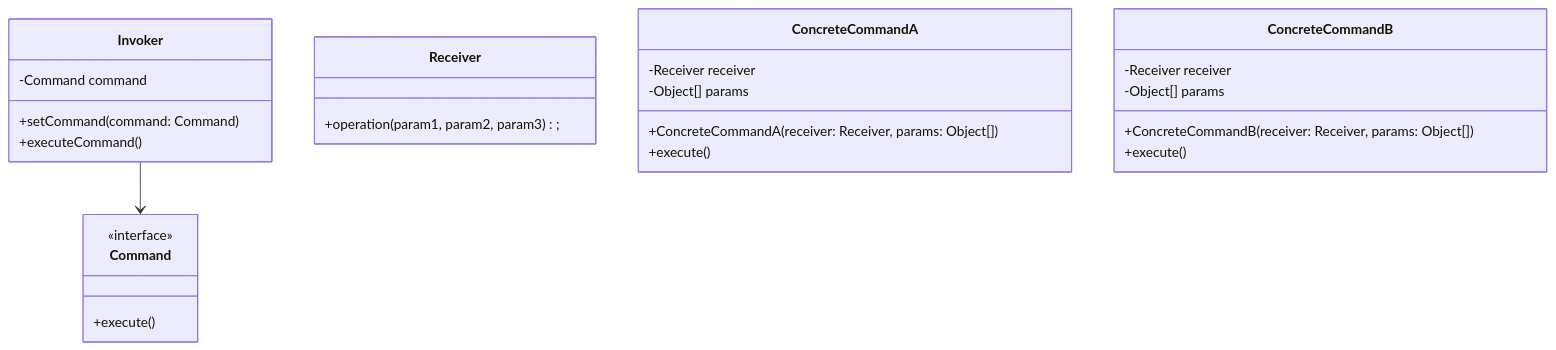
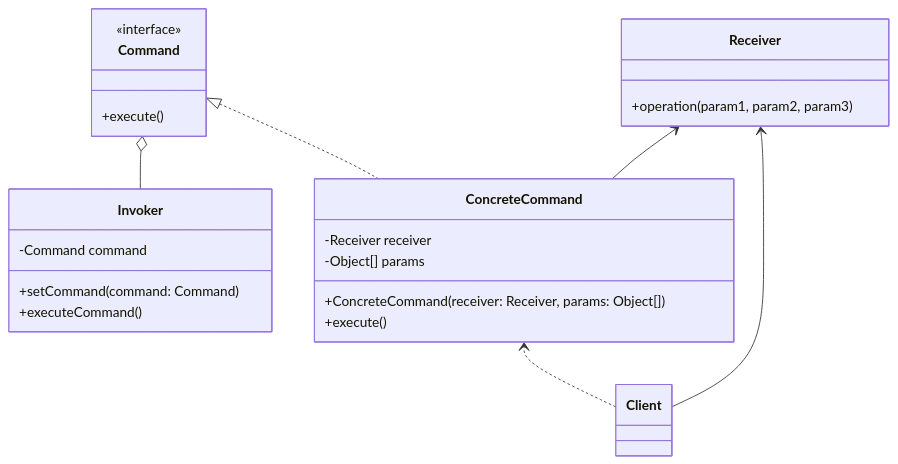
Before and after one commit to zhonghongfly/CodeGuide: the diagram in content/posts/design-pattern/behavioral/design-pattern-behavioral-command/index.zh-cn.md, drawn with Mermaid. The commit also changed other lines of this file and 3 other files, not shown here.

```diff
--- a/content/posts/design-pattern/behavioral/design-pattern-behavioral-command/index.zh-cn.md
+++ b/content/posts/design-pattern/behavioral/design-pattern-behavioral-command/index.zh-cn.md
@@ -24,35 +24,32 @@
 {{< mermaid >}}
 classDiagram
+  direction BT
   class Command {
     <<interface>>
     +execute()
   }
 
   class Invoker {
     -Command command
     +setCommand(command: Command)
     +executeCommand()
   }
-  Invoker --> Command
+  Invoker --o Command
 
   class Receiver {
-    +operation(param1, param2, param3);
+    +operation(param1, param2, param3)
   }
 
-  class ConcreteCommandA {
+  class ConcreteCommand {
     -Receiver receiver
     -Object[] params
-    +ConcreteCommandA(receiver: Receiver, params: Object[])
+    +ConcreteCommand(receiver: Receiver, params: Object[])
     +execute()
   }
-
-  class ConcreteCommandB {
-    -Receiver receiver
-    -Object[] params
-    +ConcreteCommandB(receiver: Receiver, params: Object[])
-    +execute()
-  }
+  ConcreteCommand ..|> Command
+  ConcreteCommand --> Receiver
 
   Class Client
-  Client 
+  Client --> Receiver
+  Client ..> ConcreteCommand
 {{< /mermaid >}}
```
